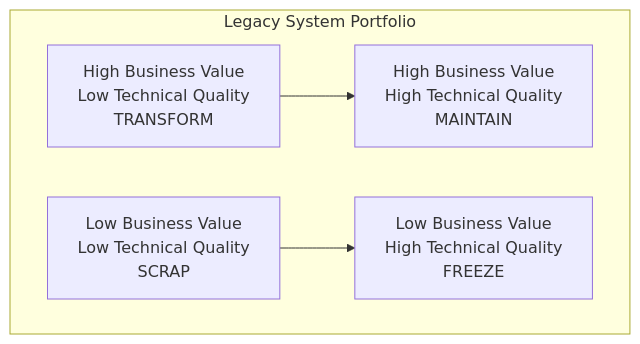
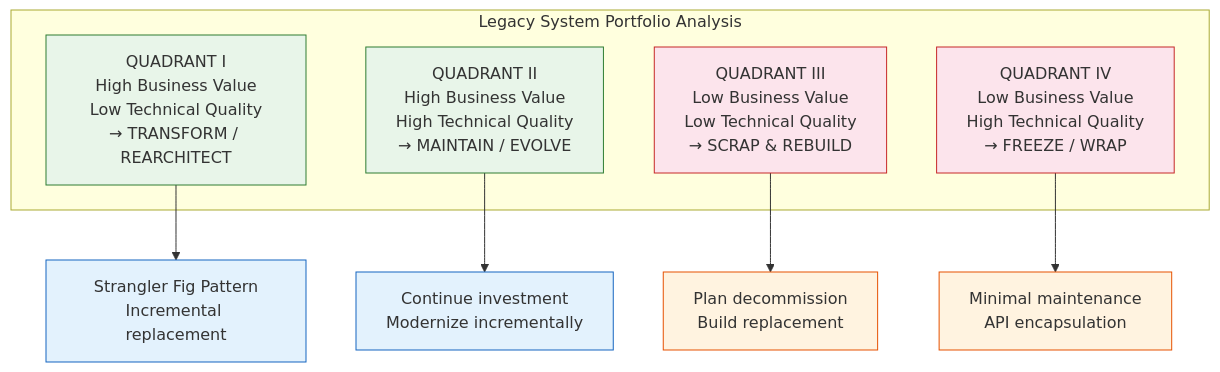
Before and after one commit to Raushan666java/ai-engineering-journey: the fourth of 5 diagrams in docs/courses/software-engineering/07-software-evolution.md, drawn with Mermaid. The commit also changed other lines of this file and 15 other files, not shown here.

Commit message:
deploy: software-engineering overhaul - 16 chapters expanded to avg 1284L (+7649L), richer Mermaid, more TS, deeper content

````diff
--- a/docs/courses/software-engineering/07-software-evolution.md
+++ b/docs/courses/software-engineering/07-software-evolution.md
@@ -295,8 +494,19 @@
 ```mermaid
 graph TD
-    subgraph "Legacy System Portfolio"
-        direction LR
-        A[High Business Value<br>Low Technical Quality<br>TRANSFORM] --> B[High Business Value<br>High Technical Quality<br>MAINTAIN]
-        C[Low Business Value<br>Low Technical Quality<br>SCRAP] --> D[Low Business Value<br>High Technical Quality<br>FREEZE]
+    classDef highVal fill:#e8f5e9,stroke:#2e7d32
+    classDef lowVal fill:#fce4ec,stroke:#c62828
+    classDef highQual fill:#e3f2fd,stroke:#1565c0
+    classDef lowQual fill:#fff3e0,stroke:#e65100
+
+    subgraph "Legacy System Portfolio Analysis"
+        Q1[QUADRANT I<br>High Business Value<br>Low Technical Quality<br>→ TRANSFORM / REARCHITECT]:::highVal
+        Q2[QUADRANT II<br>High Business Value<br>High Technical Quality<br>→ MAINTAIN / EVOLVE]:::highVal
+        Q3[QUADRANT III<br>Low Business Value<br>Low Technical Quality<br>→ SCRAP & REBUILD]:::lowVal
+        Q4[QUADRANT IV<br>Low Business Value<br>High Technical Quality<br>→ FREEZE / WRAP]:::lowVal
     end
+    
+    Q1 --> STR1[Strangler Fig Pattern<br>Incremental replacement]:::highQual
+    Q2 --> STR2[Continue investment<br>Modernize incrementally]:::highQual
+    Q3 --> STR3[Plan decommission<br>Build replacement]:::lowQual
+    Q4 --> STR4[Minimal maintenance<br>API encapsulation]:::lowQual
 ```
````
